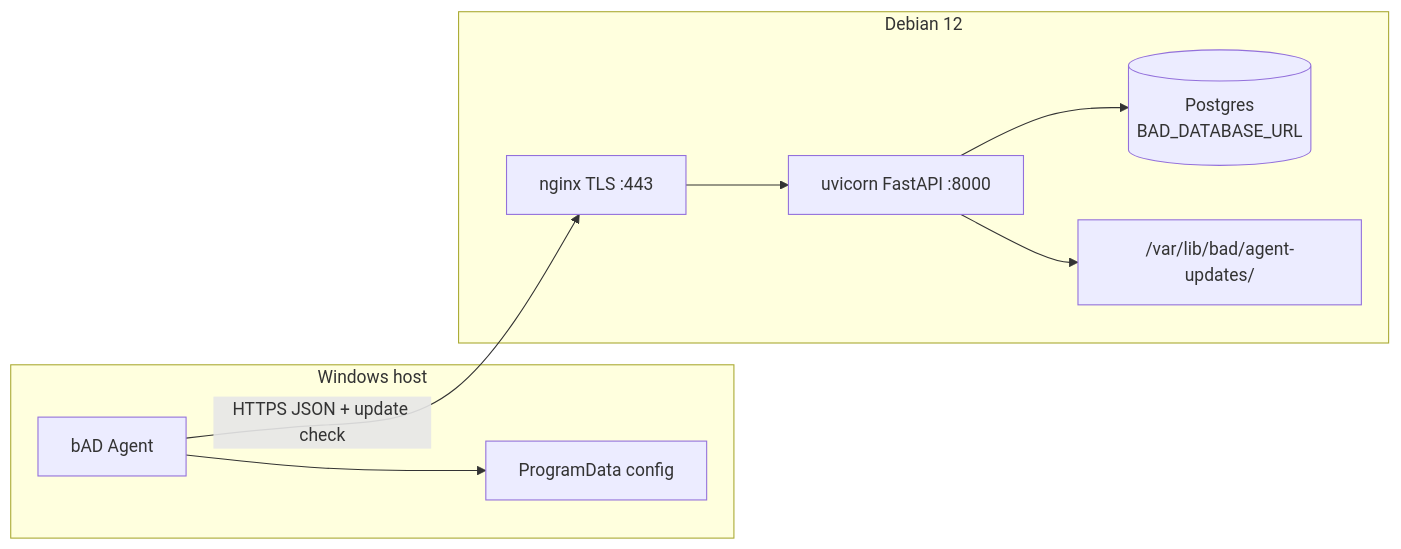
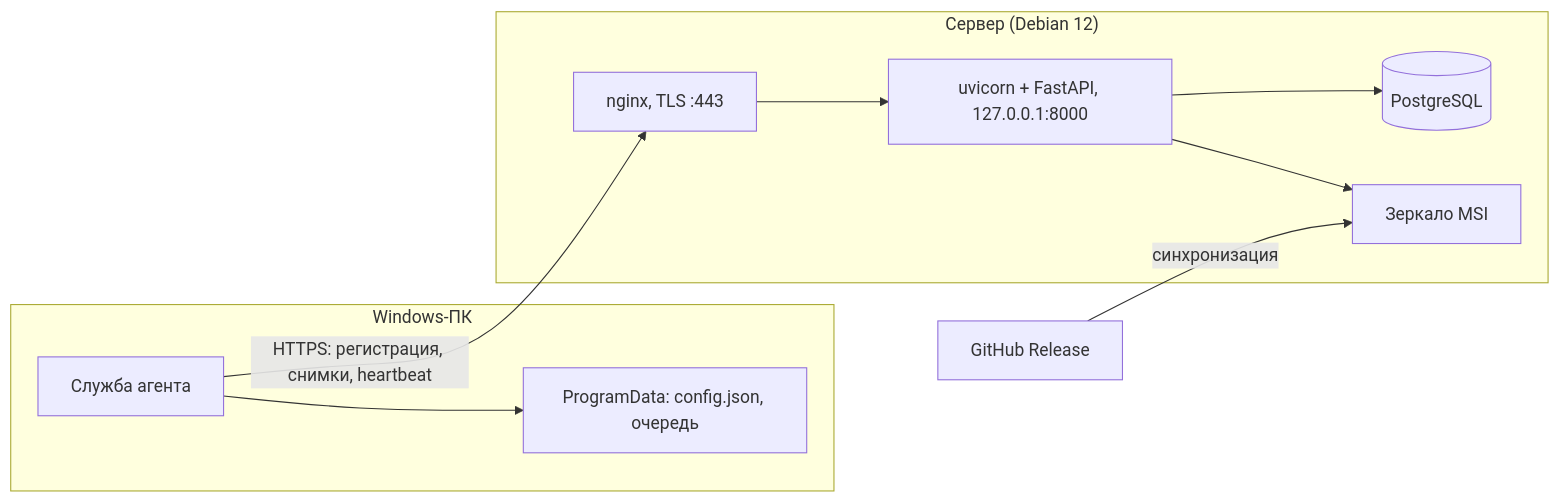
Before and after one commit to blazerity/bAD: the first of 3 diagrams in docs/architecture.md, drawn with Mermaid. The commit also changed other lines of this file and 4 other files, not shown here.

````diff
--- a/docs/architecture.md
+++ b/docs/architecture.md
@@ -20,17 +31,19 @@
 ```mermaid
 flowchart LR
-  subgraph Win["Windows host"]
-    SVC["bAD Agent"]
-    CFG["ProgramData config"]
+  subgraph Win["Windows-ПК"]
+    SVC["Служба агента"]
+    CFG["ProgramData: config.json, очередь"]
     SVC --> CFG
   end
-  subgraph Deb["Debian 12"]
-    NGX["nginx TLS :443"]
-    API["uvicorn FastAPI :8000"]
-    DB[("Postgres\nBAD_DATABASE_URL")]
-    STORE["/var/lib/bad/agent-updates/"]
+  subgraph Srv["Сервер (Debian 12)"]
+    NGX["nginx, TLS :443"]
+    API["uvicorn + FastAPI, 127.0.0.1:8000"]
+    DB[("PostgreSQL")]
+    MIRROR["Зеркало MSI"]
     NGX --> API --> DB
-    API --> STORE
+    API --> MIRROR
   end
-  SVC -->|"HTTPS JSON + update check"| NGX
+  GH["GitHub Release"]
+  SVC -->|"HTTPS: регистрация, снимки, heartbeat"| NGX
+  GH -->|"синхронизация"| MIRROR
 ```
````
